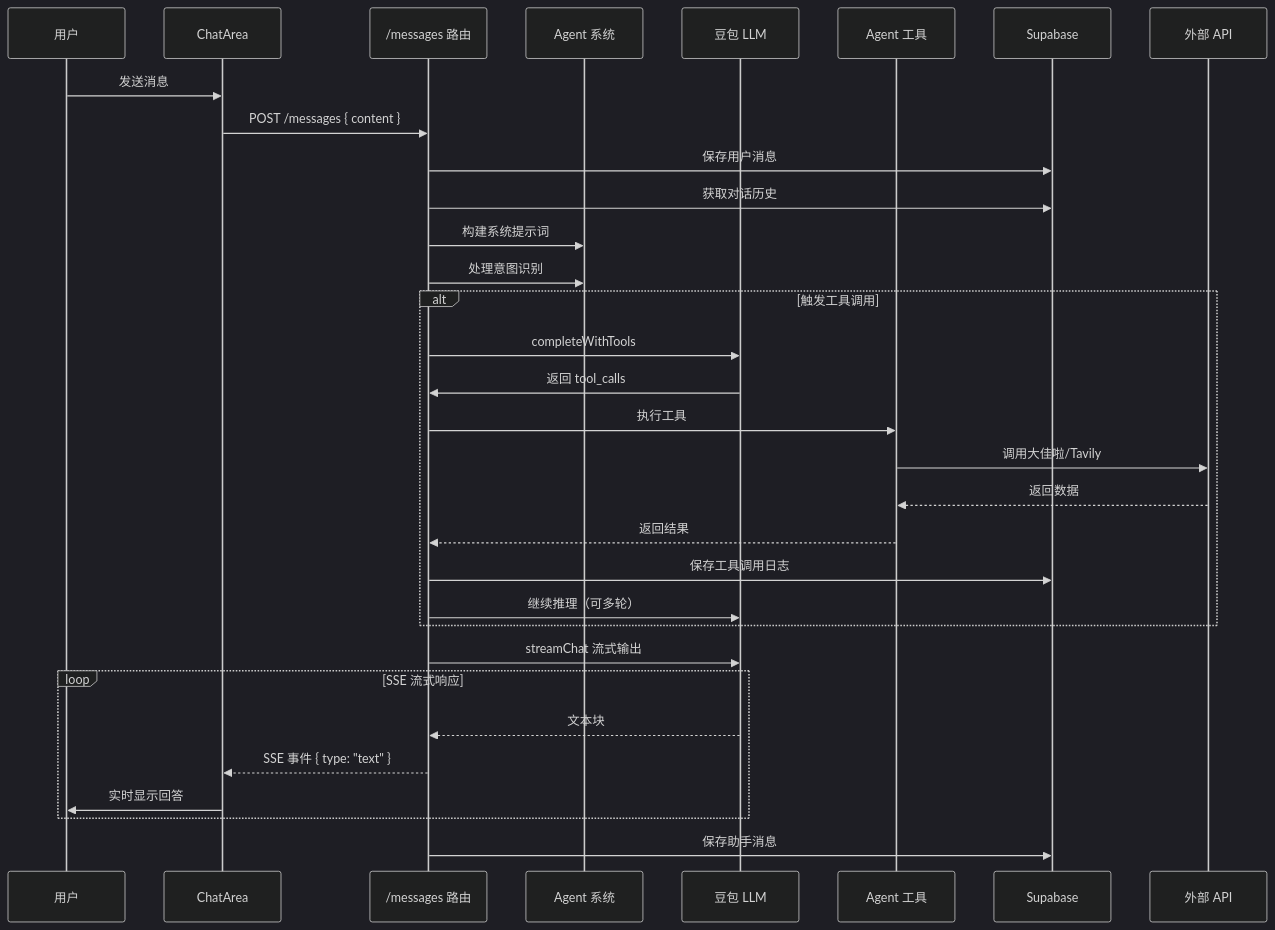
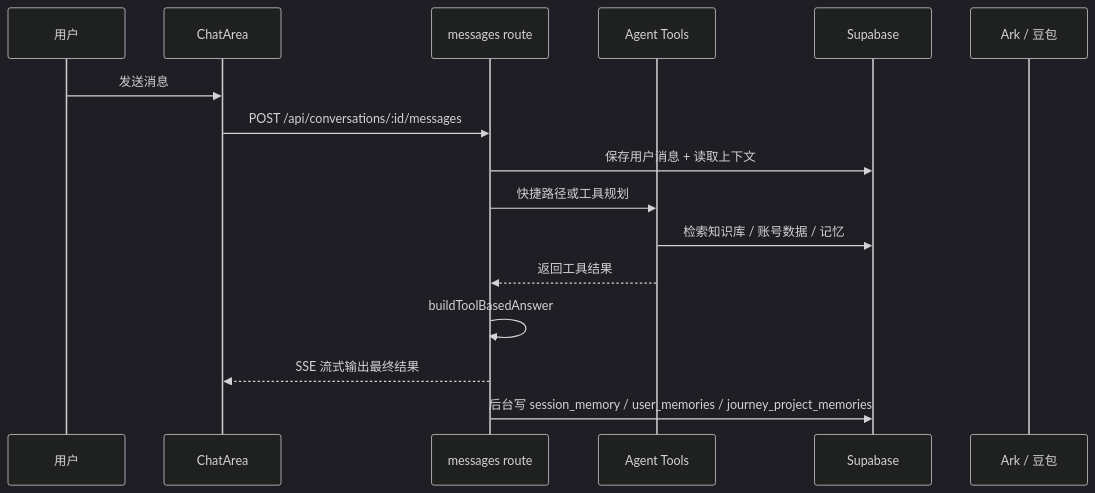
One commit to huangwenxuangod/niche changed the diagram in ARCHITECTURE.md. Above: the diagram before and after it, drawn with Mermaid (dark theme). The commit also changed other lines of this file and 13 other files, not shown here.

````diff
--- a/ARCHITECTURE.md
+++ b/ARCHITECTURE.md
@@ -87,38 +72,19 @@
 ```mermaid
 sequenceDiagram
     participant U as 用户
     participant UI as ChatArea
-    participant API as /messages 路由
-    participant AGENT as Agent 系统
-    participant LLM as 豆包 LLM
-    participant TOOLS as Agent 工具
+    participant API as messages route
+    participant TOOLS as Agent Tools
     participant DB as Supabase
-    participant EXT as 外部 API
+    participant LLM as Ark / 豆包
 
     U->>UI: 发送消息
-    UI->>API: POST /messages { content }
-    API->>DB: 保存用户消息
-    API->>DB: 获取对话历史
-    API->>AGENT: 构建系统提示词
-    API->>AGENT: 处理意图识别
-
-    alt 触发工具调用
-        API->>LLM: completeWithTools
-        LLM->>API: 返回 tool_calls
-        API->>TOOLS: 执行工具
-        TOOLS->>EXT: 调用大佳啦/Tavily
-        EXT-->>TOOLS: 返回数据
-        TOOLS-->>API: 返回结果
-        API->>DB: 保存工具调用日志
-        API->>LLM: 继续推理（可多轮）
-    end
-
-    API->>LLM: streamChat 流式输出
-    loop SSE 流式响应
-        LLM-->>API: 文本块
-        API-->>UI: SSE 事件 { type: "text" }
-        UI->>U: 实时显示回答
-    end
-
-    API->>DB: 保存助手消息
+    UI->>API: POST /api/conversations/:id/messages
+    API->>DB: 保存用户消息 + 读取上下文
+    API->>TOOLS: 快捷路径或工具规划
+    TOOLS->>DB: 检索知识库 / 账号数据 / 记忆
+    TOOLS-->>API: 返回工具结果
+    API->>API: buildToolBasedAnswer
+    API-->>UI: SSE 流式输出最终结果
+    API->>DB: 后台写 session_memory / user_memories / journey_project_memories
 ```
````
